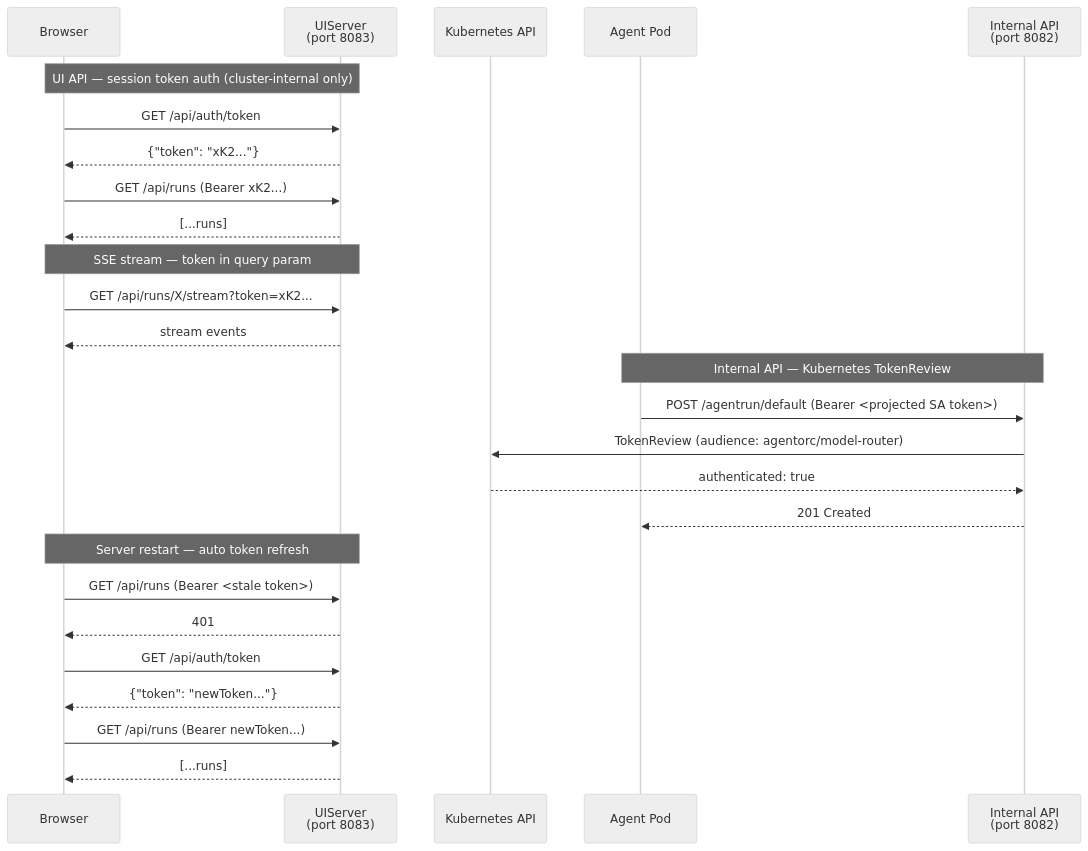
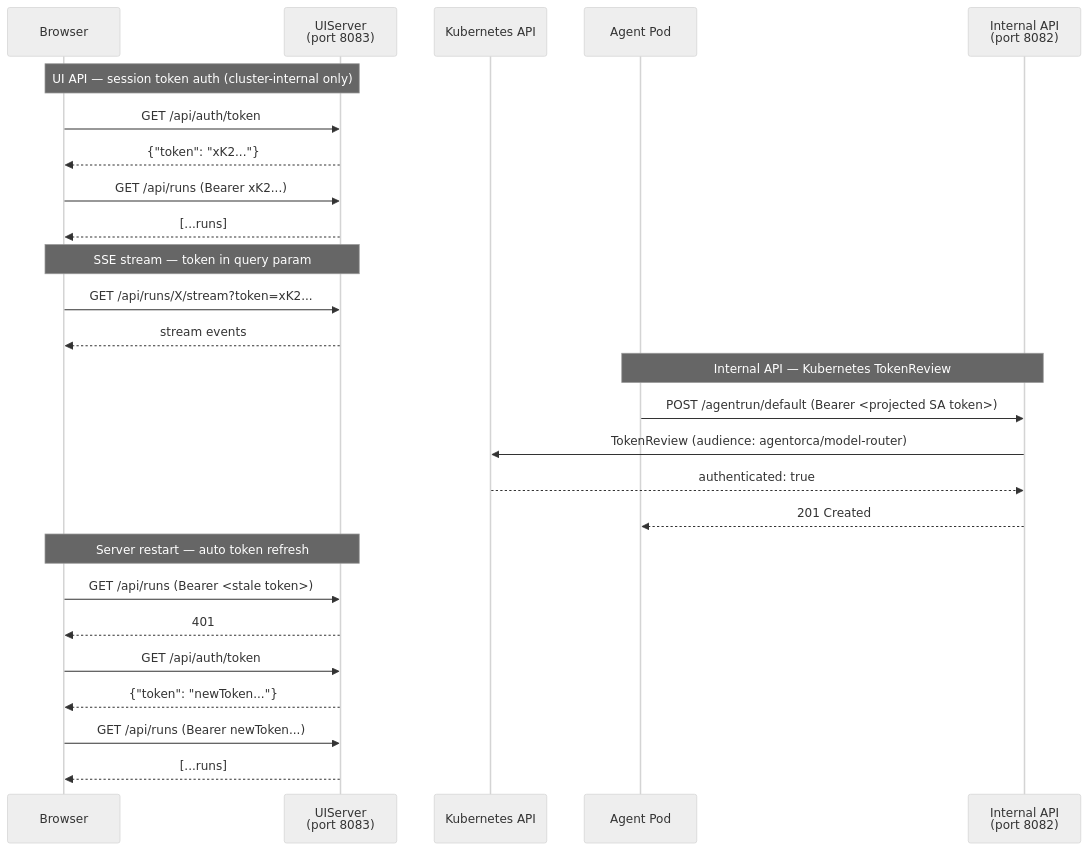
Before and after one commit to heddles/agent-orca: the second of 3 diagrams in docs/auth.md, drawn with Mermaid (neutral theme). The commit also changed other lines of this file and 343 other files, not shown here.

````diff
--- a/docs/auth.md
+++ b/docs/auth.md
@@ -203,32 +203,32 @@
 ```mermaid
 sequenceDiagram
     participant B as Browser
     participant UI as UIServer<br/>(port 8083)
     participant K8s as Kubernetes API
     participant Pod as Agent Pod
     participant API as Internal API<br/>(port 8082)
 
     note over B,UI: UI API — session token auth (cluster-internal only)
     B->>UI: GET /api/auth/token
     UI-->>B: {"token": "xK2..."}
     B->>UI: GET /api/runs (Bearer xK2...)
     UI-->>B: [...runs]
 
     note over B,UI: SSE stream — token in query param
     B->>UI: GET /api/runs/X/stream?token=xK2...
     UI-->>B: stream events
 
     note over Pod,API: Internal API — Kubernetes TokenReview
     Pod->>API: POST /agentrun/default (Bearer <projected SA token>)
-    API->>K8s: TokenReview (audience: agentorc/model-router)
+    API->>K8s: TokenReview (audience: agentorca/model-router)
     K8s-->>API: authenticated: true
     API-->>Pod: 201 Created
 
     note over B,UI: Server restart — auto token refresh
     B->>UI: GET /api/runs (Bearer <stale token>)
     UI-->>B: 401
     B->>UI: GET /api/auth/token
     UI-->>B: {"token": "newToken..."}
     B->>UI: GET /api/runs (Bearer newToken...)
     UI-->>B: [...runs]
 ```
````
